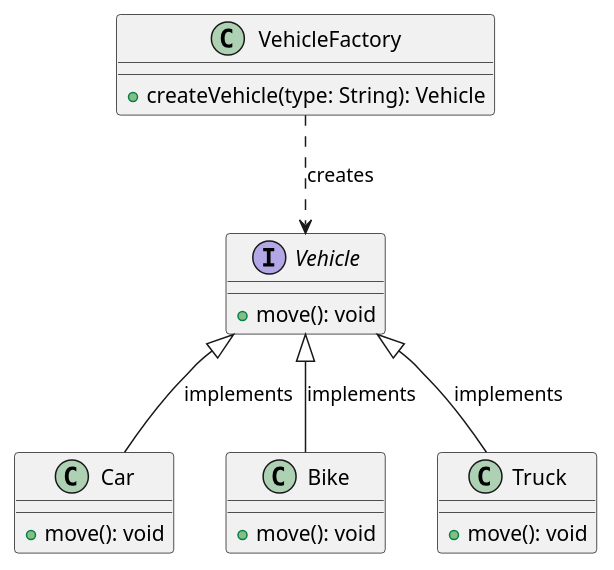
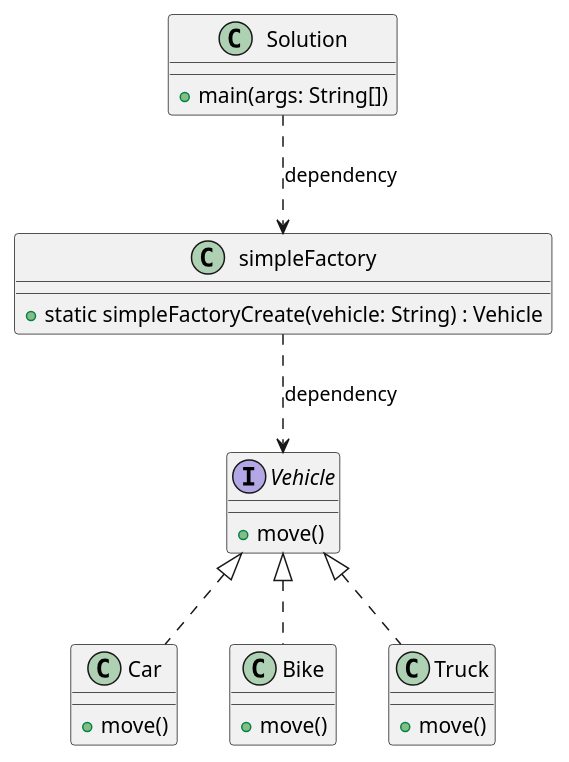
One commit to tanishasri22/LLD changed the diagram in creationalPattern/simpleFactory/basicFactory/uml/umlCode.puml. Above: the diagram before and after it, drawn with PlantUML. The commit also changed other lines of this file and 2 other files, not shown here.

Commit message:
corrections in simpleFactor-basicFactory

```diff
--- a/creationalPattern/simpleFactory/basicFactory/uml/umlCode.puml
+++ b/creationalPattern/simpleFactory/basicFactory/uml/umlCode.puml
@@ -3,32 +1,29 @@
 @startuml
-
-' Abstract representation of a Vehicle
 interface Vehicle {
-    + move(): void
+    + move()
 }
 
-' Concrete Vehicle classes
-class Car {
-    + move(): void
+class Car implements Vehicle {
+    + move()
 }
 
-class Bike {
-    + move(): void
+class Bike implements Vehicle {
+    + move()
 }
 
-class Truck {
-    + move(): void
+class Truck implements Vehicle {
+    + move()
 }
 
-' Factory class to create vehicles
-class VehicleFactory {
-    + createVehicle(type: String): Vehicle
+class simpleFactory {
+    + static simpleFactoryCreate(vehicle: String) : Vehicle
 }
 
-' Relationships with labels
-Vehicle <|-- Car : "implements"
-Vehicle <|-- Bike : "implements"
-Vehicle <|-- Truck : "implements"
-VehicleFactory ..> Vehicle : "creates"
+class Solution {
+    + main(args: String[])
+}
+
+simpleFactory ..> Vehicle : "dependency"
+Solution ..> simpleFactory : "dependency"
 
 @enduml
```
